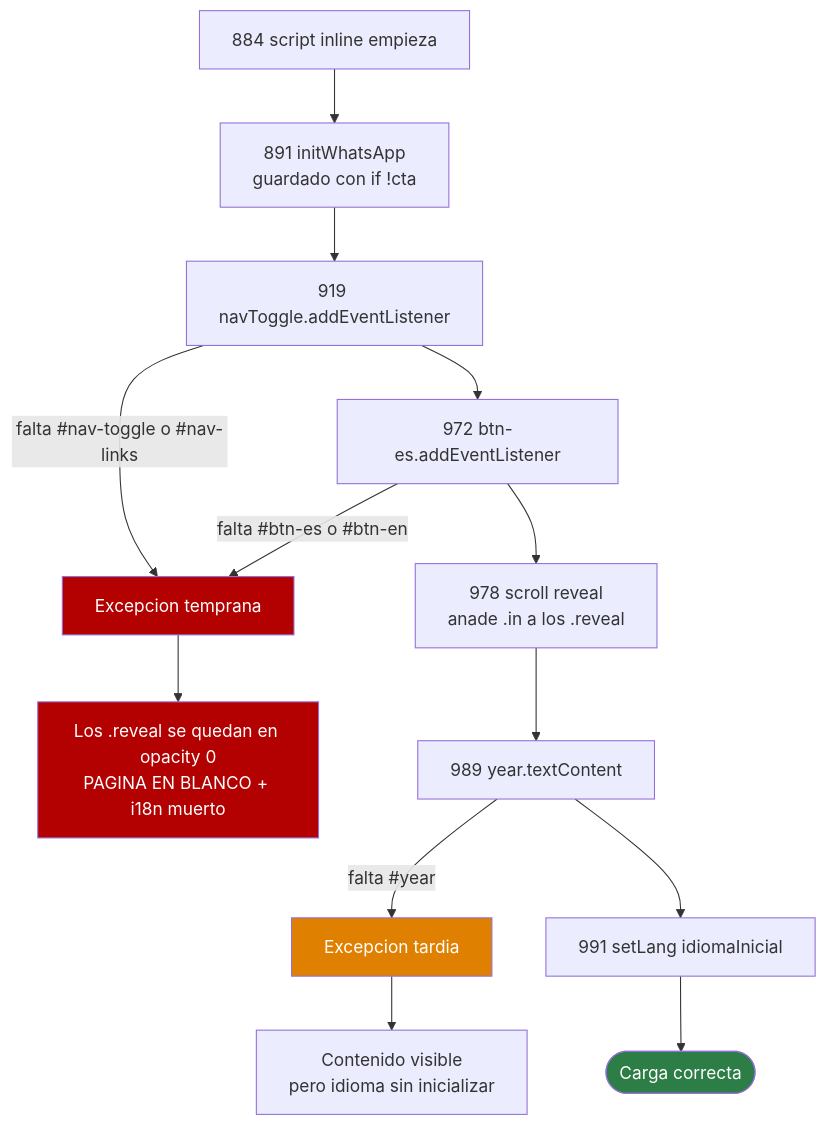
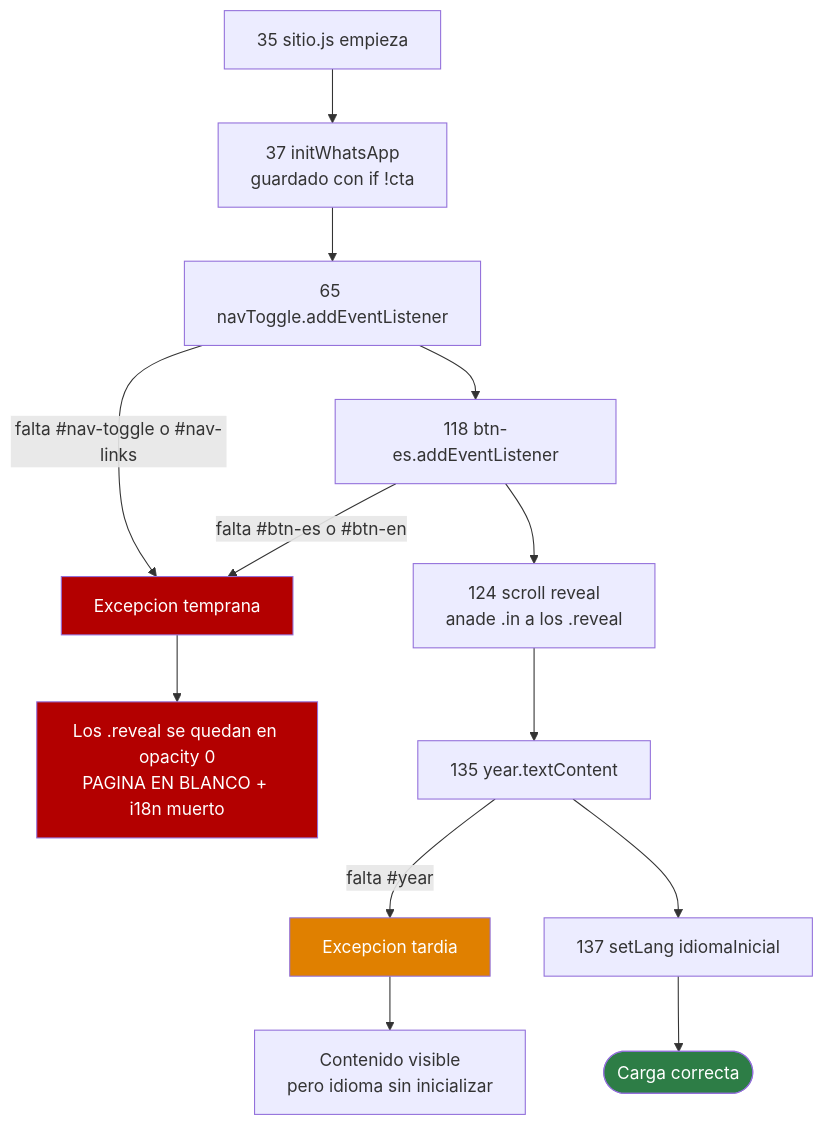
Before and after one commit to higerotech/landing: the diagram in docs/04-testing/unit-tests.md, drawn with Mermaid. The commit also changed other lines of this file and 27 other files, not shown here.

````diff
--- a/docs/04-testing/unit-tests.md
+++ b/docs/04-testing/unit-tests.md
@@ -53,21 +60,21 @@
 ```mermaid
 flowchart TB
-    A[884 script inline empieza] --> B[891 initWhatsApp<br/>guardado con if !cta]
-    B --> C[919 navToggle.addEventListener]
+    A[35 sitio.js empieza] --> B[37 initWhatsApp<br/>guardado con if !cta]
+    B --> C[65 navToggle.addEventListener]
     C -->|falta #nav-toggle o #nav-links| X1[Excepcion temprana]
-    C --> D[972 btn-es.addEventListener]
+    C --> D[118 btn-es.addEventListener]
     D -->|falta #btn-es o #btn-en| X1
-    D --> E[978 scroll reveal<br/>anade .in a los .reveal]
-    E --> F[989 year.textContent]
+    D --> E[124 scroll reveal<br/>anade .in a los .reveal]
+    E --> F[135 year.textContent]
     F -->|falta #year| X2[Excepcion tardia]
-    F --> G[991 setLang idiomaInicial]
+    F --> G[137 setLang idiomaInicial]
     G --> Z([Carga correcta])
 
     X1 --> Y1[Los .reveal se quedan en opacity 0<br/>PAGINA EN BLANCO + i18n muerto]
     X2 --> Y2[Contenido visible<br/>pero idioma sin inicializar]
 
     style X1 fill:#b30000,color:#ffffff
     style X2 fill:#e08000,color:#ffffff
     style Y1 fill:#b30000,color:#ffffff
     style Z fill:#2d7d46,color:#ffffff
 ```
````
